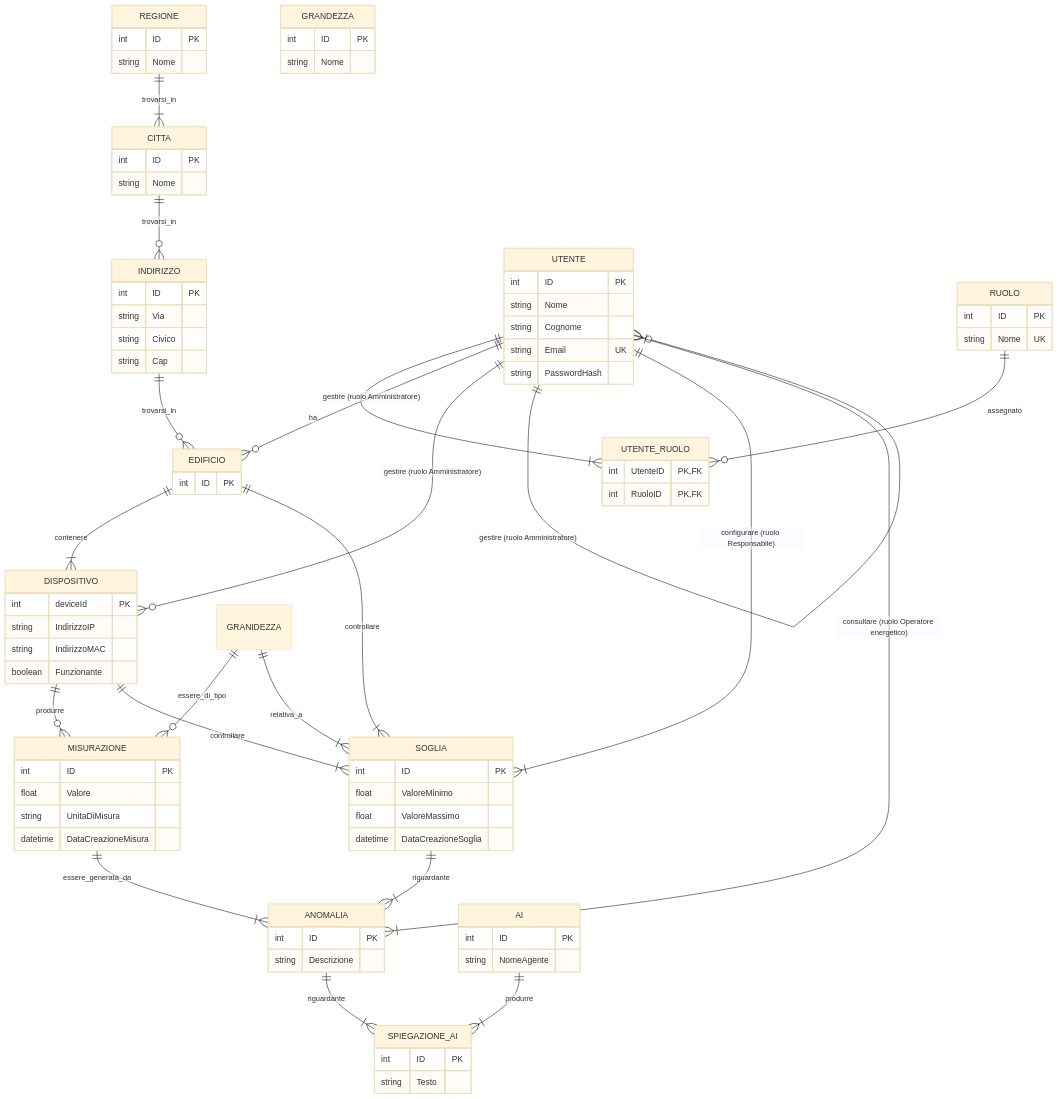
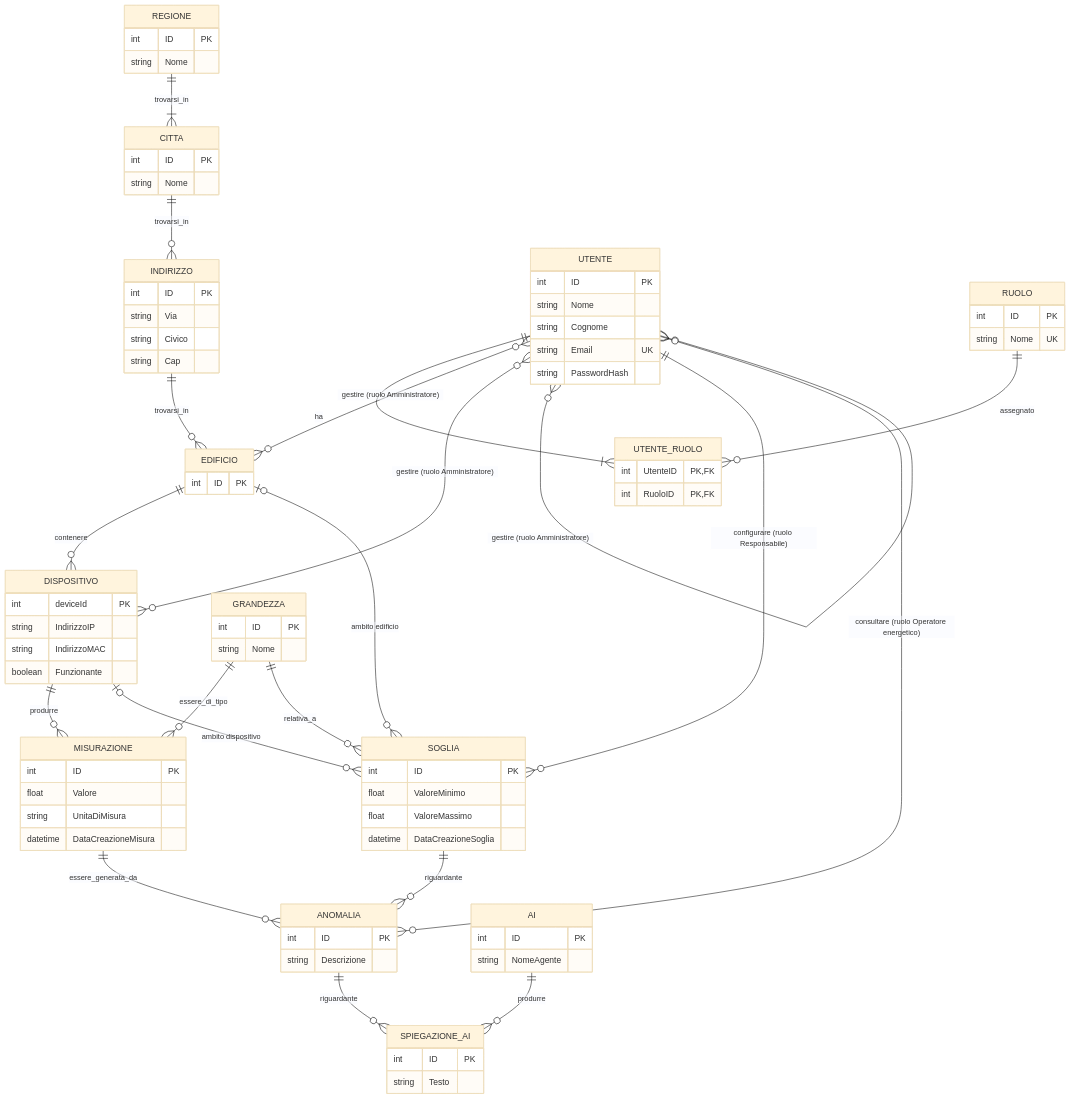
One commit to RickdoMasco/EnergyMonitor_UF14 changed the diagram in docs/data-model.md. Above: the diagram before and after it, drawn with Mermaid (base theme). The commit also changed other lines of this file and 12 other files, not shown here.

````diff
--- a/docs/data-model.md
+++ b/docs/data-model.md
@@ -296,31 +298,31 @@
     REGIONE ||--|{ CITTA : "trovarsi_in"
     CITTA ||--o{ INDIRIZZO : "trovarsi_in"
     INDIRIZZO ||--o{ EDIFICIO : "trovarsi_in"
-    EDIFICIO ||--|{ DISPOSITIVO : "contenere"
+    EDIFICIO ||--o{ DISPOSITIVO : "contenere"
 
     %% Identita e autorizzazioni
     UTENTE ||--|{ UTENTE_RUOLO : "ha"
     RUOLO ||--o{ UTENTE_RUOLO : "assegnato"
-    UTENTE ||--o{ EDIFICIO : "gestire (ruolo Amministratore)"
-    UTENTE ||--o{ DISPOSITIVO : "gestire (ruolo Amministratore)"
-    UTENTE ||--o{ UTENTE : "gestire (ruolo Amministratore)"
+    UTENTE }o--o{ EDIFICIO : "gestire (ruolo Amministratore)"
+    UTENTE }o--o{ DISPOSITIVO : "gestire (ruolo Amministratore)"
+    UTENTE }o--o{ UTENTE : "gestire (ruolo Amministratore)"
 
     %% Relazioni Misure e Grandezze
     DISPOSITIVO ||--o{ MISURAZIONE : "produrre"
-    GRANIDEZZA ||--o{ MISURAZIONE : "essere_di_tipo"
+    GRANDEZZA ||--o{ MISURAZIONE : "essere_di_tipo"
 
     %% Relazioni Soglie e Controlli
-    GRANIDEZZA ||--|{ SOGLIA : "relativa_a"
-    UTENTE ||--|{ SOGLIA : "configurare (ruolo Responsabile)"
-    EDIFICIO ||--|{ SOGLIA : "controllare"
-    DISPOSITIVO ||--|{ SOGLIA : "controllare"
+    GRANDEZZA ||--o{ SOGLIA : "relativa_a"
+    UTENTE ||--o{ SOGLIA : "configurare (ruolo Responsabile)"
+    EDIFICIO o|--o{ SOGLIA : "ambito edificio"
+    DISPOSITIVO o|--o{ SOGLIA : "ambito dispositivo"
 
     %% Relazioni Anomalie e Consultazione
-    MISURAZIONE ||--|{ ANOMALIA : "essere_generata_da"
-    SOGLIA ||--|{ ANOMALIA : "riguardante"
-    UTENTE }|--|{ ANOMALIA : "consultare (ruolo Operatore energetico)"
+    MISURAZIONE ||--o{ ANOMALIA : "essere_generata_da"
+    SOGLIA ||--o{ ANOMALIA : "riguardante"
+    UTENTE }o--o{ ANOMALIA : "consultare (ruolo Operatore energetico)"
 
     %% Relazioni AI
-    AI ||--|{ SPIEGAZIONE_AI : "produrre"
-    ANOMALIA ||--|{ SPIEGAZIONE_AI : "riguardante"
+    AI ||--o{ SPIEGAZIONE_AI : "produrre"
+    ANOMALIA ||--o{ SPIEGAZIONE_AI : "riguardante"
 ```
````
